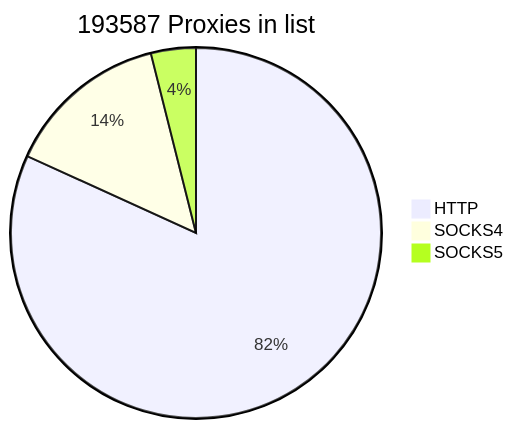
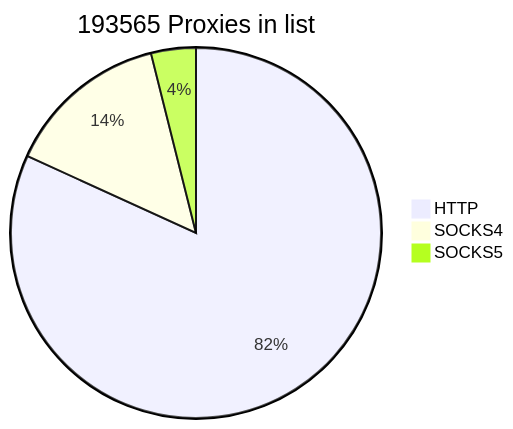
One commit to cutipu/proxylist changed the first of 2 diagrams in README.md. Above: the diagram before and after it, drawn with Mermaid. The commit also changed other lines of this file, not shown here.

````diff
--- a/README.md
+++ b/README.md
@@ -2,7 +2,7 @@
 ```mermaid
-pie title 193587 Proxies in list
+pie title 193565 Proxies in list
     "HTTP" : 158362
     "SOCKS4" : 27635
-    "SOCKS5" : 7590
+    "SOCKS5" : 7568
             
 ```
````
